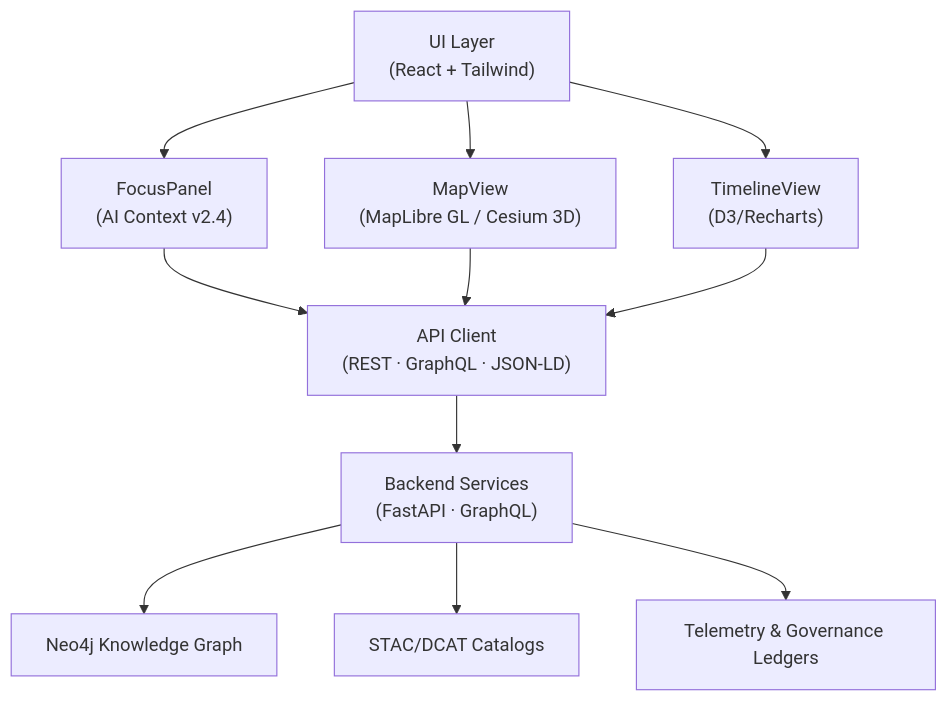
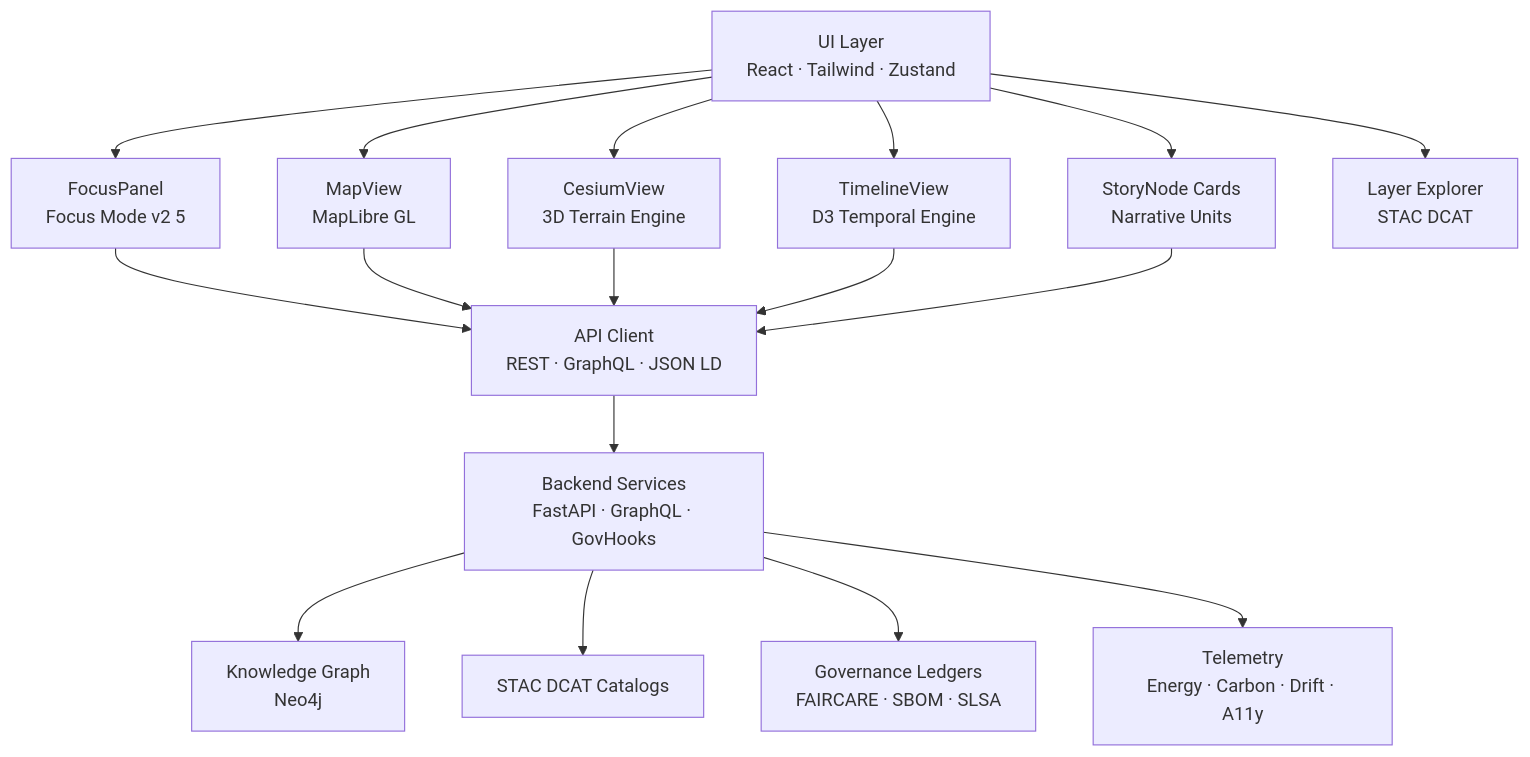
The first of 7 diagrams in web/README.md (bartytime4life/Kansas-Frontier-Matrix), drawn with Mermaid before and after one commit. The commit also changed other lines of this file, not shown here.

````diff
--- a/web/README.md
+++ b/web/README.md
@@ -100,23 +55,19 @@
-~~~~~mermaid
+```mermaid
 flowchart TD
-  UI["UI Layer<br/>(React + Tailwind)"]
-  FP["FocusPanel<br/>(AI Context v2.4)"]
-  MV["MapView<br/>(MapLibre GL / Cesium 3D)"]
-  TV["TimelineView<br/>(D3/Recharts)"]
-  API["API Client<br/>(REST · GraphQL · JSON-LD)"]
-  SAPI["Backend Services<br/>(FastAPI · GraphQL)"]
-  KG["Neo4j Knowledge Graph"]
-  CAT["STAC/DCAT Catalogs"]
-  TEL["Telemetry & Governance Ledgers"]
-
-  UI --> FP
-  UI --> MV
-  UI --> TV
-  FP --> API
-  MV --> API
-  TV --> API
-  API --> SAPI
-  SAPI --> KG
-  SAPI --> CAT
-  SAPI --> TEL
-~~~~~
+    UI[UI Layer<br/>React · Tailwind · Zustand] --> MV[MapView<br/>MapLibre GL]
+    UI --> CV[CesiumView<br/>3D Terrain Engine]
+    UI --> FP[FocusPanel<br/>Focus Mode v2 5]
+    UI --> SN[StoryNode Cards<br/>Narrative Units]
+    UI --> TL[TimelineView<br/>D3 Temporal Engine]
+    UI --> LX[Layer Explorer<br/>STAC DCAT]
+    FP --> API[API Client<br/>REST · GraphQL · JSON LD]
+    MV --> API
+    CV --> API
+    TL --> API
+    SN --> API
+    API --> BE[Backend Services<br/>FastAPI · GraphQL · GovHooks]
+    BE --> KG[Knowledge Graph<br/>Neo4j]
+    BE --> STAC[STAC DCAT Catalogs]
+    BE --> GOV[Governance Ledgers<br/>FAIRCARE · SBOM · SLSA]
+    BE --> TEL[Telemetry<br/>Energy · Carbon · Drift · A11y]
+```
````
